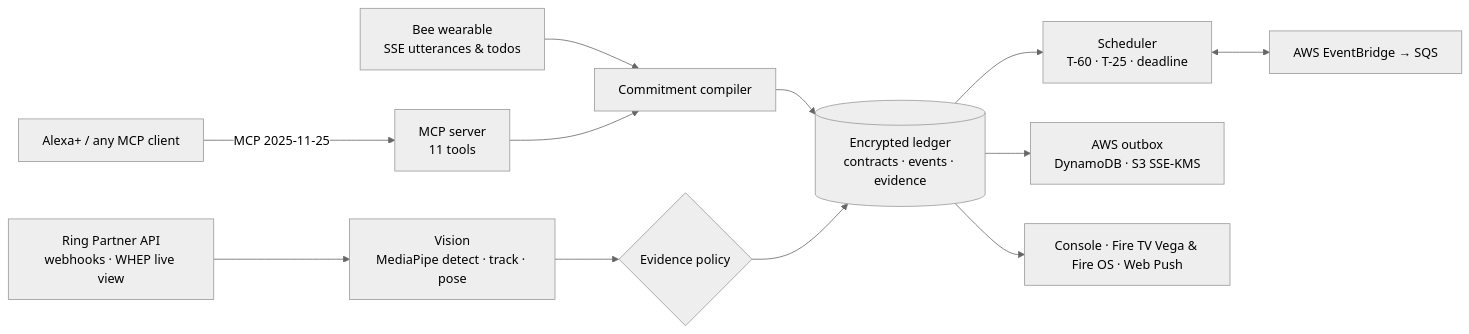
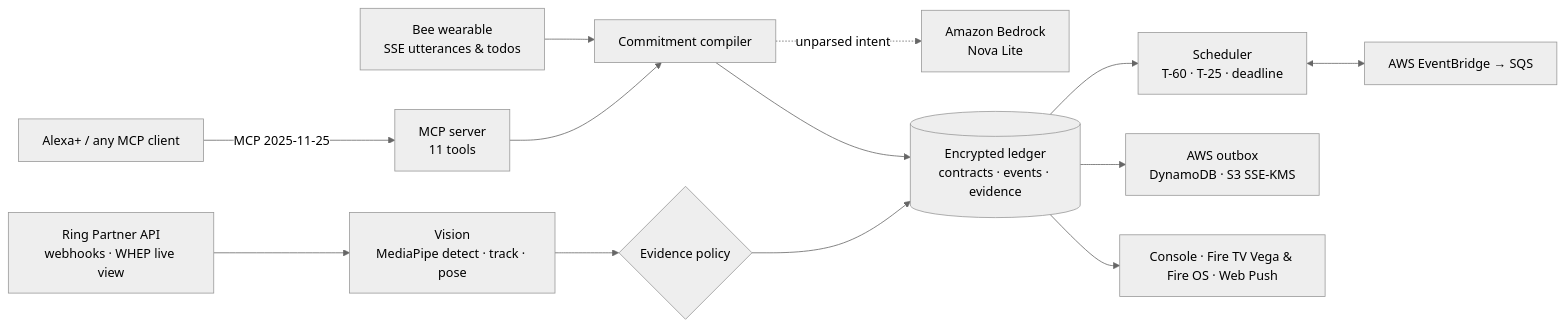
One commit to vivekyarra/Amazon changed the diagram in README.md. Above: the diagram before and after it, drawn with Mermaid (neutral theme). The commit also changed other lines of this file and 17 other files, not shown here.

First line of the commit message:
Amazon Bedrock Nova fallback for promises the rules can't parse; Bee ingest route

````diff
--- a/README.md
+++ b/README.md
@@ -71,14 +71,15 @@
 ```mermaid
 flowchart LR
   Bee[Bee wearable<br/>SSE utterances & todos] --> C[Commitment compiler]
+  C -. unparsed intent .-> N[Amazon Bedrock<br/>Nova Lite]
   Alexa[Alexa+ / any MCP client] -- MCP 2025-11-25 --> M[MCP server<br/>11 tools]
   M --> C
   C --> L[(Encrypted ledger<br/>contracts · events · evidence)]
   Ring[Ring Partner API<br/>webhooks · WHEP live view] --> V[Vision<br/>MediaPipe detect · track · pose]
   V --> P{Evidence policy}
   P --> L
   L --> S[Scheduler<br/>T-60 · T-25 · deadline]
   S <--> EB[AWS EventBridge → SQS]
   L --> O[AWS outbox<br/>DynamoDB · S3 SSE-KMS]
   L --> UI[Console · Fire TV Vega & Fire OS · Web Push]
 ```
````
